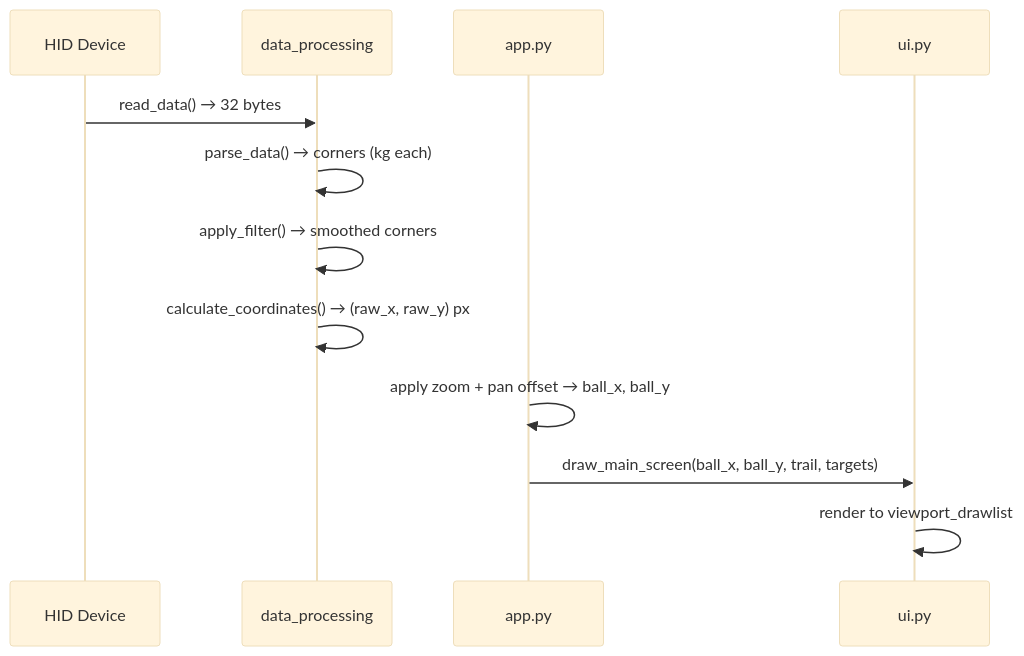
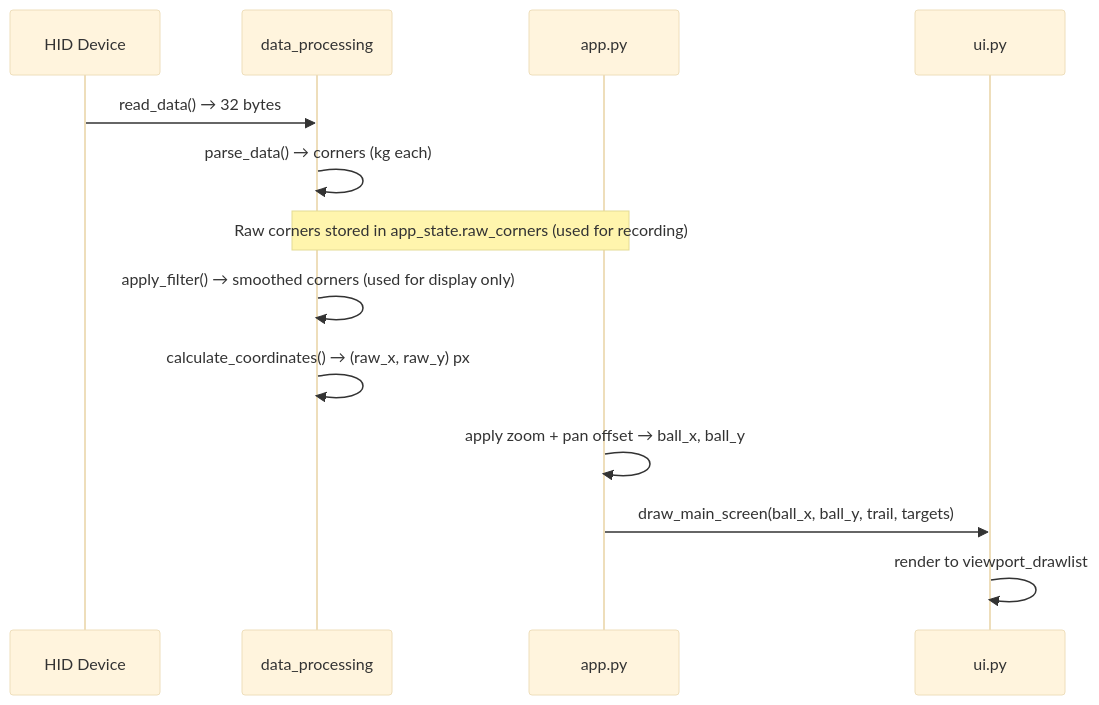
One commit to NeuroRehack/WIIBBLE changed the second of 5 diagrams in Docs/ARCHITECTURE.md. Above: the diagram before and after it, drawn with Mermaid (base theme). The commit also changed other lines of this file, not shown here.

````diff
--- a/Docs/ARCHITECTURE.md
+++ b/Docs/ARCHITECTURE.md
@@ -53,15 +55,16 @@
 ```mermaid
 sequenceDiagram
     participant HID as HID Device
     participant dp as data_processing
     participant app as app.py
     participant ui as ui.py
 
     HID->>dp: read_data() → 32 bytes
     dp->>dp: parse_data() → corners (kg each)
-    dp->>dp: apply_filter() → smoothed corners
+    Note over dp,app: Raw corners stored in app_state.raw_corners (used for recording)
+    dp->>dp: apply_filter() → smoothed corners (used for display only)
     dp->>dp: calculate_coordinates() → (raw_x, raw_y) px
     app->>app: apply zoom + pan offset → ball_x, ball_y
     app->>ui: draw_main_screen(ball_x, ball_y, trail, targets)
     ui->>ui: render to viewport_drawlist
 ```
````
